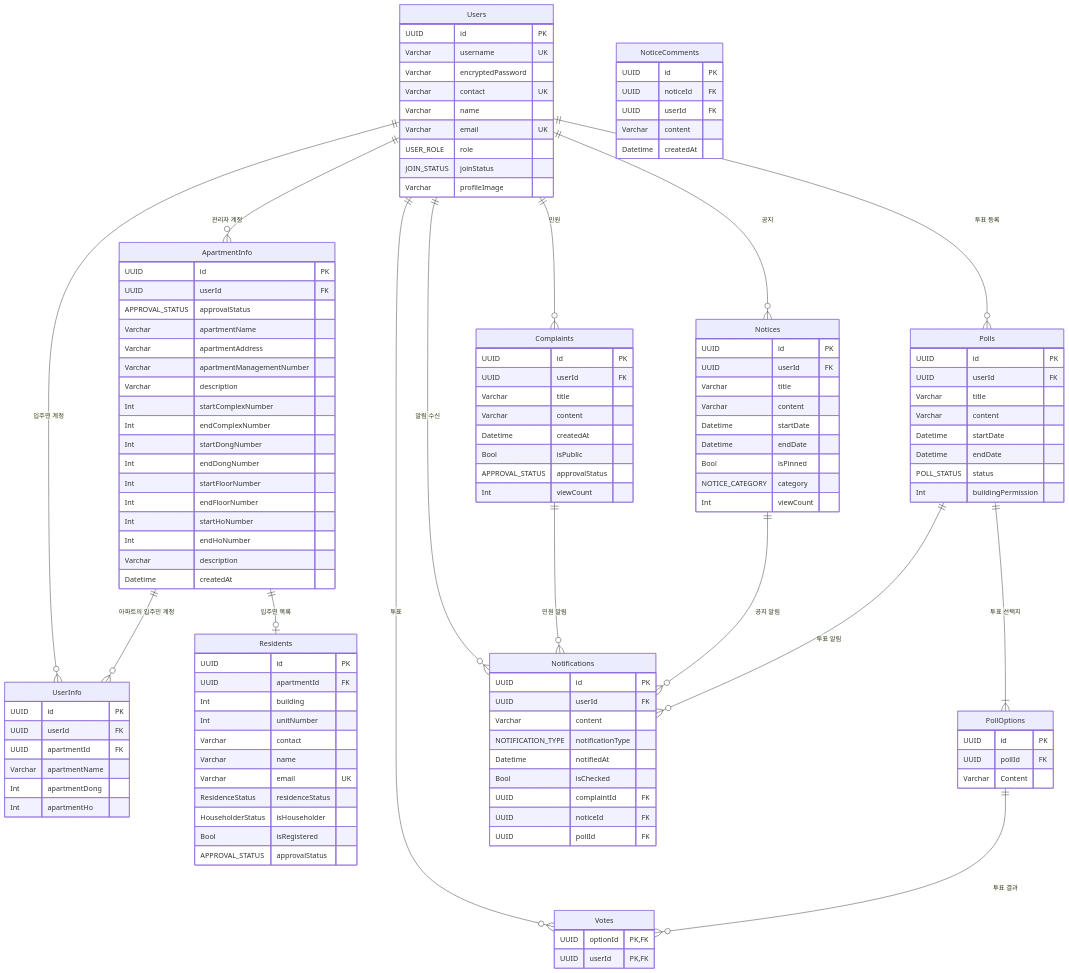
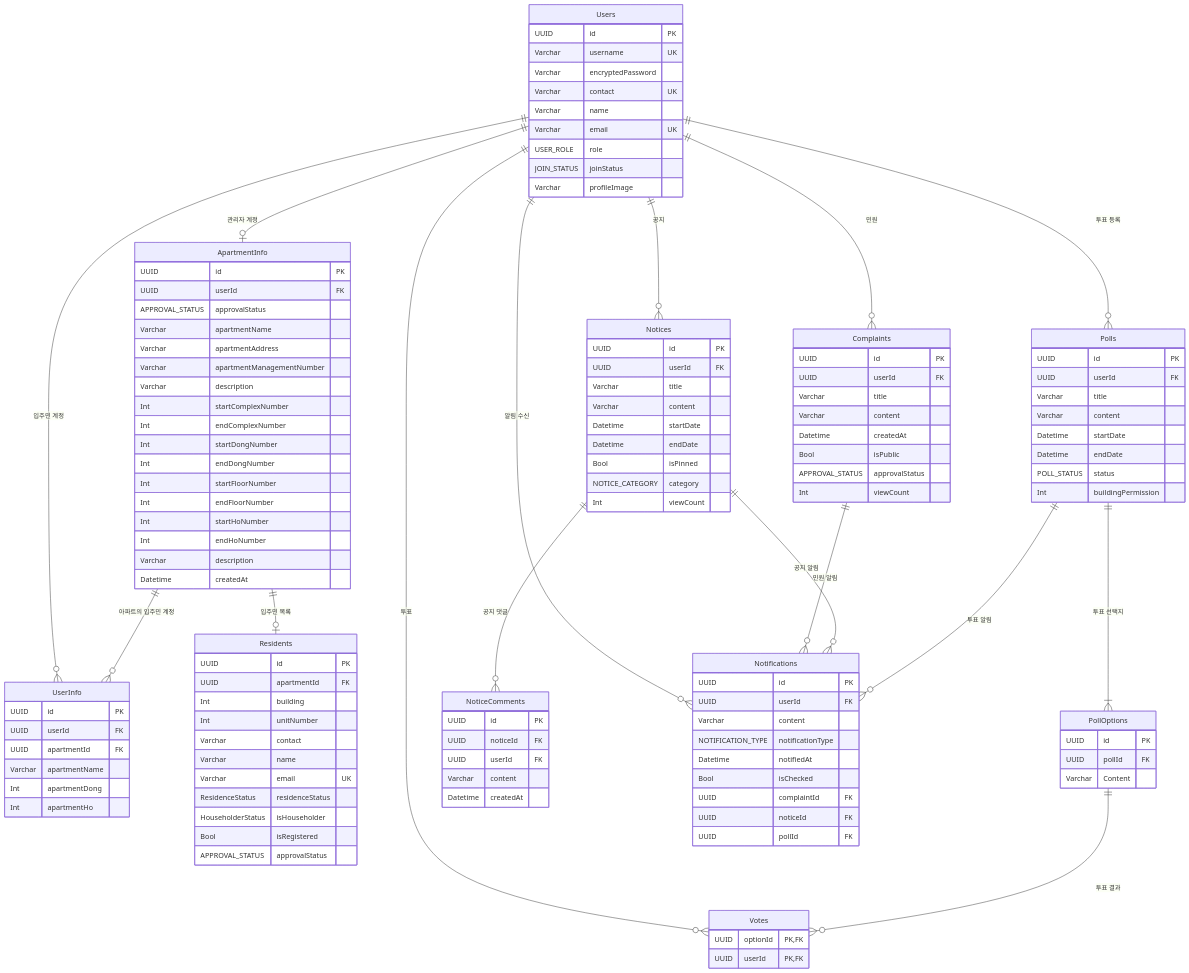
One commit to nb01-welive-team2/nb01-welive-team2 changed the diagram in erd.v1.md. Above: the diagram before and after it, drawn with Mermaid. The commit also changed 7 other files, not shown here.

```diff
--- a/erd.v1.md
+++ b/erd.v1.md
@@ -136,7 +136,7 @@
 %% notifiedAt @default(now())
 %% nullable : complaintId, noticeId, pollId
 
-Users ||--o{ ApartmentInfo : "관리자 계정"
+Users ||--o| ApartmentInfo : "관리자 계정"
 Users ||--o{ UserInfo : "입주민 계정"
 ApartmentInfo ||--o{ UserInfo : "아파트의 입주민 계정"
 ApartmentInfo ||--o| Residents : "입주민 목록"
@@ -146,6 +146,7 @@
 Users ||--o{ Votes : "투표"
 PollOptions ||--o{ Votes : "투표 결과"
 Users ||--o{ Notices : "공지"
+Notices ||--o{ NoticeComments : "공지 댓글"
 Users ||--o{ Notifications : "알림 수신"
 Complaints ||--o{ Notifications : "민원 알림"
 Notices ||--o{ Notifications : "공지 알림"
```
